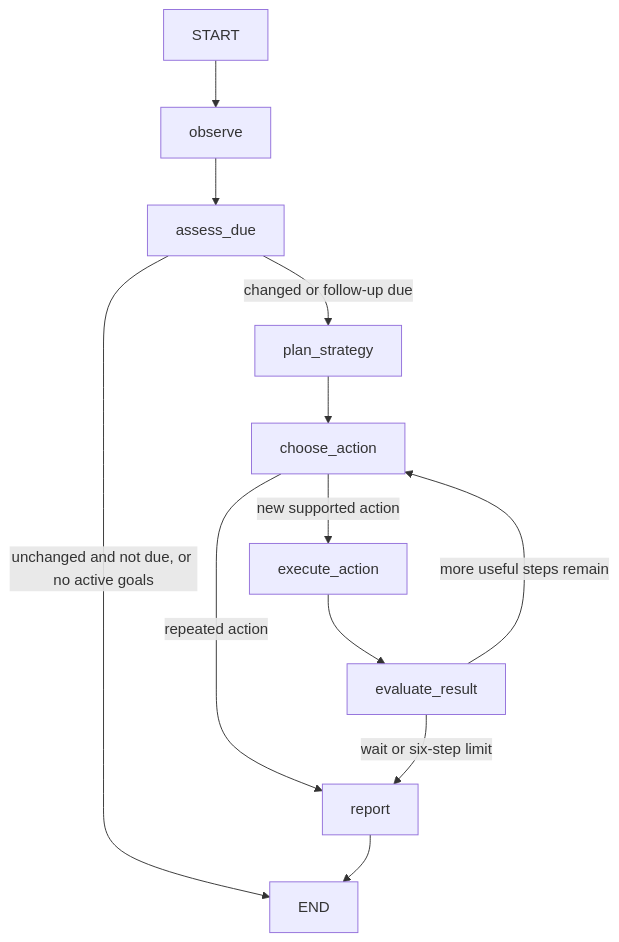
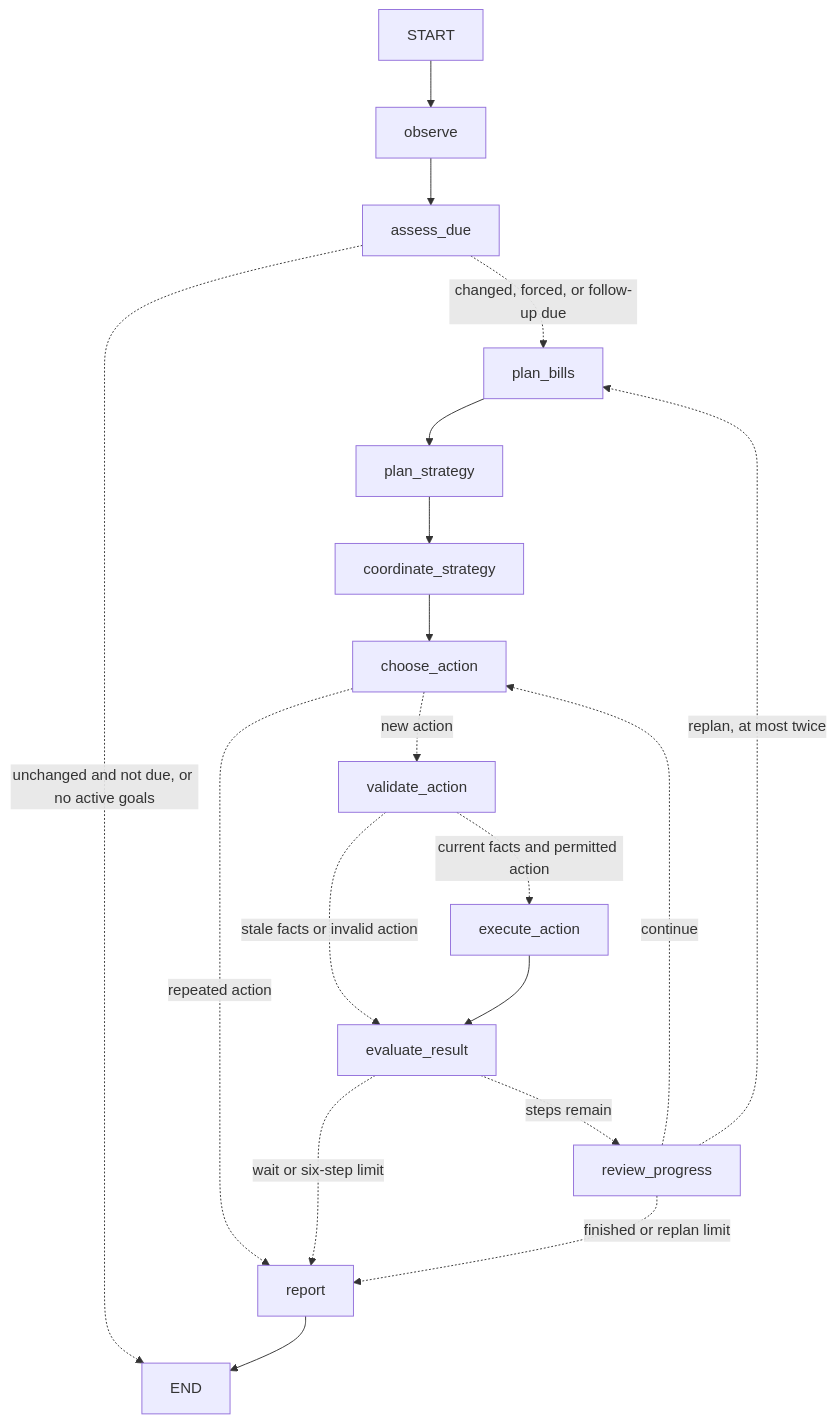
One commit to rishydeosthali/steady changed the diagram in docs/LANGGRAPH_GOALS.md. Above: the diagram before and after it, drawn with Mermaid. The commit also changed other lines of this file, not shown here.

Commit message:
Document agentic graph nodes state and conditional routing

````diff
--- a/docs/LANGGRAPH_GOALS.md
+++ b/docs/LANGGRAPH_GOALS.md
@@ -10,14 +10,21 @@
 ```mermaid
 flowchart TD
     START --> observe
     observe --> assess_due
-    assess_due -->|unchanged and not due, or no active goals| END
-    assess_due -->|changed or follow-up due| plan_strategy
-    plan_strategy --> choose_action
-    choose_action -->|new supported action| execute_action
-    choose_action -->|repeated action| report
+    assess_due -.->|unchanged and not due, or no active goals| END
+    assess_due -.->|changed, forced, or follow-up due| plan_bills
+    plan_bills --> plan_strategy
+    plan_strategy --> coordinate_strategy
+    coordinate_strategy --> choose_action
+    choose_action -.->|new action| validate_action
+    choose_action -.->|repeated action| report
+    validate_action -.->|current facts and permitted action| execute_action
+    validate_action -.->|stale facts or invalid action| evaluate_result
     execute_action --> evaluate_result
-    evaluate_result -->|more useful steps remain| choose_action
-    evaluate_result -->|wait or six-step limit| report
+    evaluate_result -.->|steps remain| review_progress
+    evaluate_result -.->|wait or six-step limit| report
+    review_progress -.->|continue| choose_action
+    review_progress -.->|replan, at most twice| plan_bills
+    review_progress -.->|finished or replan limit| report
     report --> END
 ```
````
